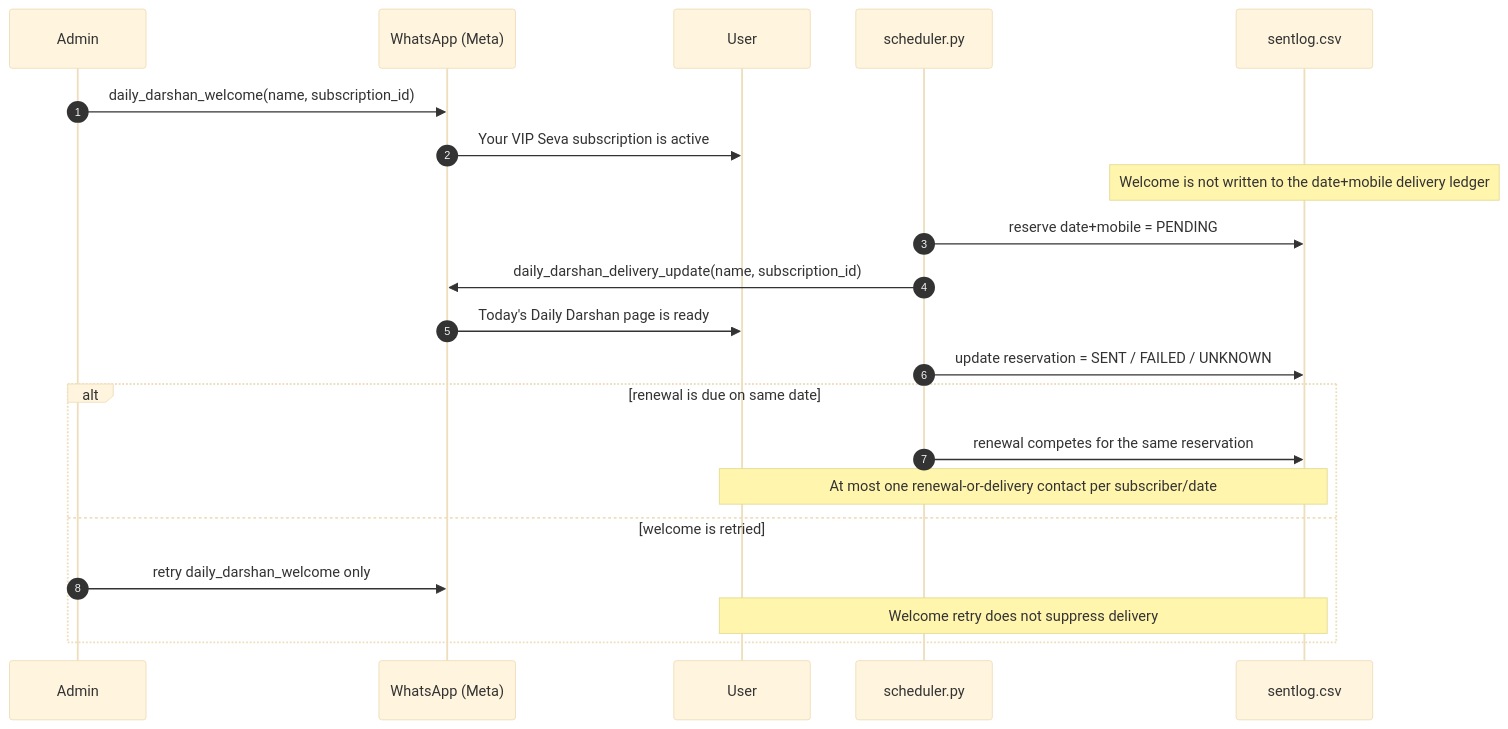
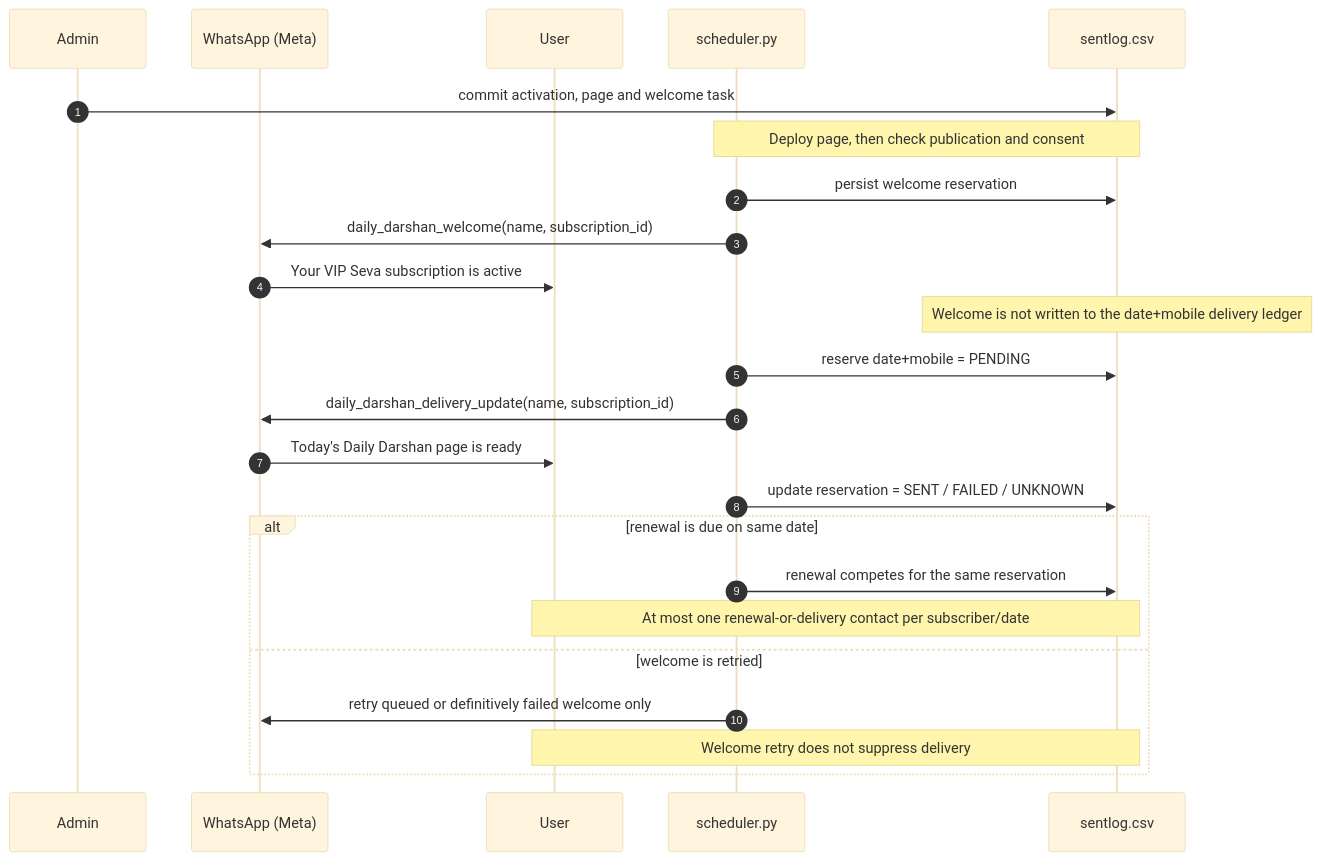
Before and after one commit to mishnit/daily-darshan: the ninth of 9 diagrams in sequence-diagrams.md, drawn with Mermaid (base theme). The commit also changed other lines of this file and 12 other files, not shown here.

Commit message:
Persist activation welcomes and webhook replies before sending

````diff
--- a/sequence-diagrams.md
+++ b/sequence-diagrams.md
@@ -374,26 +374,29 @@
 ```mermaid
 sequenceDiagram
     autonumber
     participant Admin
     participant WA as WhatsApp (Meta)
     participant User
     participant Sched as scheduler.py
     participant Repo as sentlog.csv
 
-    Admin->>WA: daily_darshan_welcome(name, subscription_id)
+    Admin->>Repo: commit activation, page and welcome task
+    Note over Sched,Repo: Deploy page, then check publication and consent
+    Sched->>Repo: persist welcome reservation
+    Sched->>WA: daily_darshan_welcome(name, subscription_id)
     WA->>User: Your VIP Seva subscription is active
     Note over Repo: Welcome is not written to the date+mobile delivery ledger
 
     Sched->>Repo: reserve date+mobile = PENDING
     Sched->>WA: daily_darshan_delivery_update(name, subscription_id)
     WA->>User: Today's Daily Darshan page is ready
     Sched->>Repo: update reservation = SENT / FAILED / UNKNOWN
 
     alt renewal is due on same date
         Sched->>Repo: renewal competes for the same reservation
         Note over User,Repo: At most one renewal-or-delivery contact per subscriber/date
     else welcome is retried
-        Admin->>WA: retry daily_darshan_welcome only
+        Sched->>WA: retry queued or definitively failed welcome only
         Note over User,Repo: Welcome retry does not suppress delivery
     end
 ```
````
